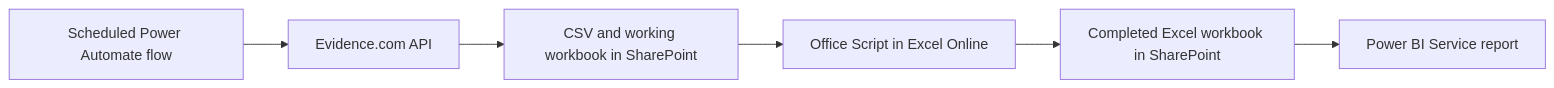
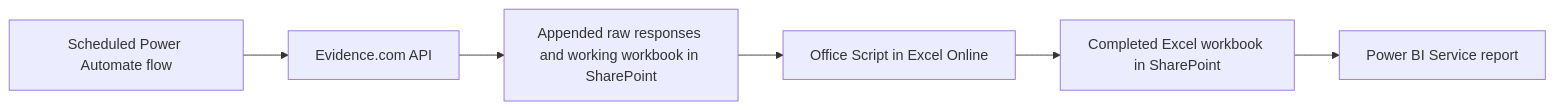
One commit to CheesesteakPapi/RScriptDashboard changed the diagram in README.md. Above: the diagram before and after it, drawn with Mermaid. The commit also changed other lines of this file and 27 other files, not shown here.

````diff
--- a/README.md
+++ b/README.md
@@ -5,8 +5,8 @@
 ```mermaid
 flowchart LR
   A[Scheduled Power Automate flow] --> B[Evidence.com API]
-  B --> C[CSV and working workbook in SharePoint]
+  B --> C[Appended raw responses and working workbook in SharePoint]
   C --> D[Office Script in Excel Online]
   D --> E[Completed Excel workbook in SharePoint]
   E --> F[Power BI Service report]
 ```
````
